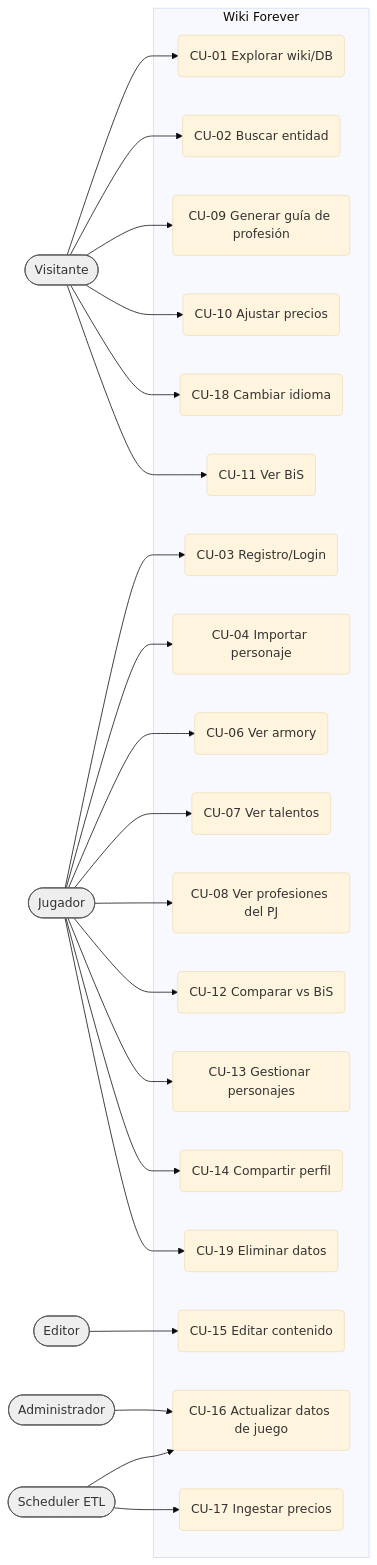
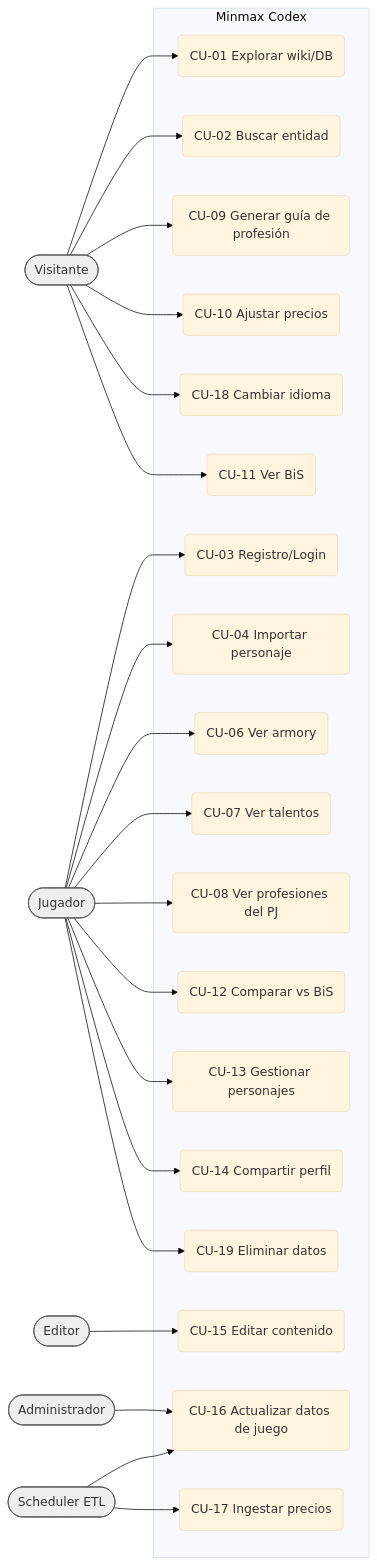
One commit to DAlejandroCl/Minmax-Codex changed the diagram in docs/04-casos-de-uso.md. Above: the diagram before and after it, drawn with Mermaid (base theme).

Commit message:
docs(use-cases): rename product in diagram
Claude-Session: https://claude.ai/code/session_01Y9rdSK9uC6hMZyMywDnysX

````diff
--- a/docs/04-casos-de-uso.md
+++ b/docs/04-casos-de-uso.md
@@ -17,36 +17,36 @@
 ```mermaid
 flowchart LR
   V([Visitante]):::a
   J([Jugador]):::a
   E([Editor]):::a
   A([Administrador]):::a
   S([Scheduler ETL]):::a
 
-  subgraph Sistema["Wiki Forever"]
+  subgraph Sistema["Minmax Codex"]
     CU01(CU-01 Explorar wiki/DB)
     CU02(CU-02 Buscar entidad)
     CU09(CU-09 Generar guía de profesión)
     CU10(CU-10 Ajustar precios)
     CU18(CU-18 Cambiar idioma)
     CU03(CU-03 Registro/Login)
     CU04(CU-04 Importar personaje)
     CU06(CU-06 Ver armory)
     CU07(CU-07 Ver talentos)
     CU08(CU-08 Ver profesiones del PJ)
     CU11(CU-11 Ver BiS)
     CU12(CU-12 Comparar vs BiS)
     CU13(CU-13 Gestionar personajes)
     CU14(CU-14 Compartir perfil)
     CU19(CU-19 Eliminar datos)
     CU15(CU-15 Editar contenido)
     CU16(CU-16 Actualizar datos de juego)
     CU17(CU-17 Ingestar precios)
   end
 
   V --> CU01 & CU02 & CU09 & CU10 & CU18 & CU11
   J --> CU03 & CU04 & CU06 & CU07 & CU08 & CU12 & CU13 & CU14 & CU19
   E --> CU15
   A --> CU16
   S --> CU16 & CU17
   classDef a fill:#eee,stroke:#555;
 ```
````
